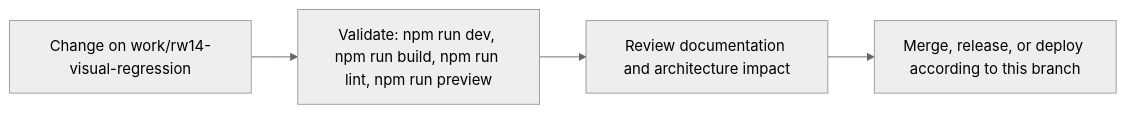
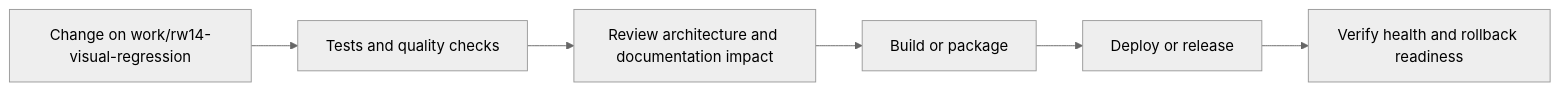
One commit to Nischhalsubba/Reeja-Maharjan-Website-2026 changed the fourth of 5 diagrams in README.md. Above: the diagram before and after it, drawn with Mermaid (neutral theme). The commit also changed other lines of this file, not shown here.

````diff
--- a/README.md
+++ b/README.md
@@ -81,8 +161,8 @@
 ```mermaid
 flowchart LR
-    CHANGE["Change on work/rw14-visual-regression"]
-    CHECK["Validate: npm run dev, npm run build, npm run lint, npm run preview"]
-    REVIEW["Review documentation and architecture impact"]
-    RELEASE["Merge, release, or deploy according to this branch"]
-    CHANGE --> CHECK --> REVIEW --> RELEASE
+    CHANGE["Change on work/rw14-visual-regression"] --> CHECK["Tests and quality checks"]
+    CHECK --> REVIEW["Review architecture and documentation impact"]
+    REVIEW --> BUILD["Build or package"]
+    BUILD --> DEPLOY["Deploy or release"]
+    DEPLOY --> VERIFY["Verify health and rollback readiness"]
 ```
````
